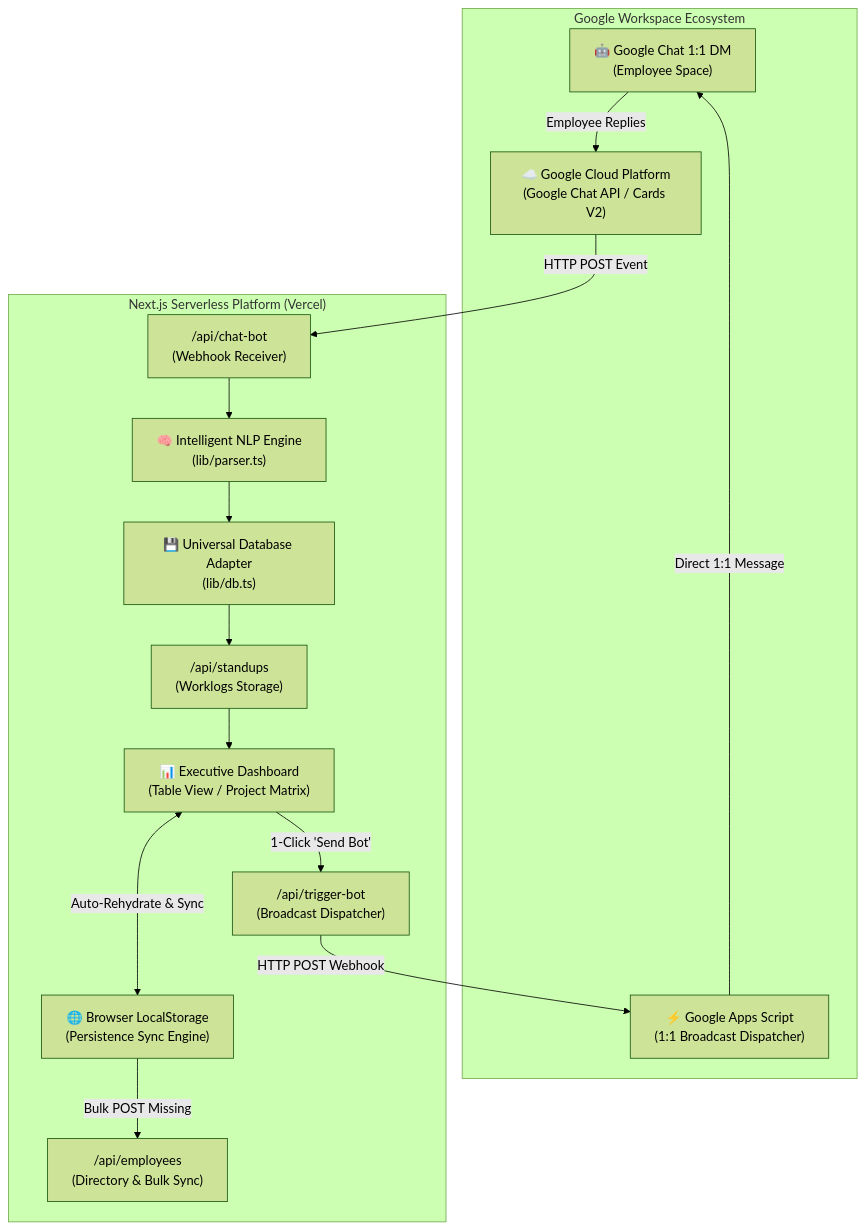
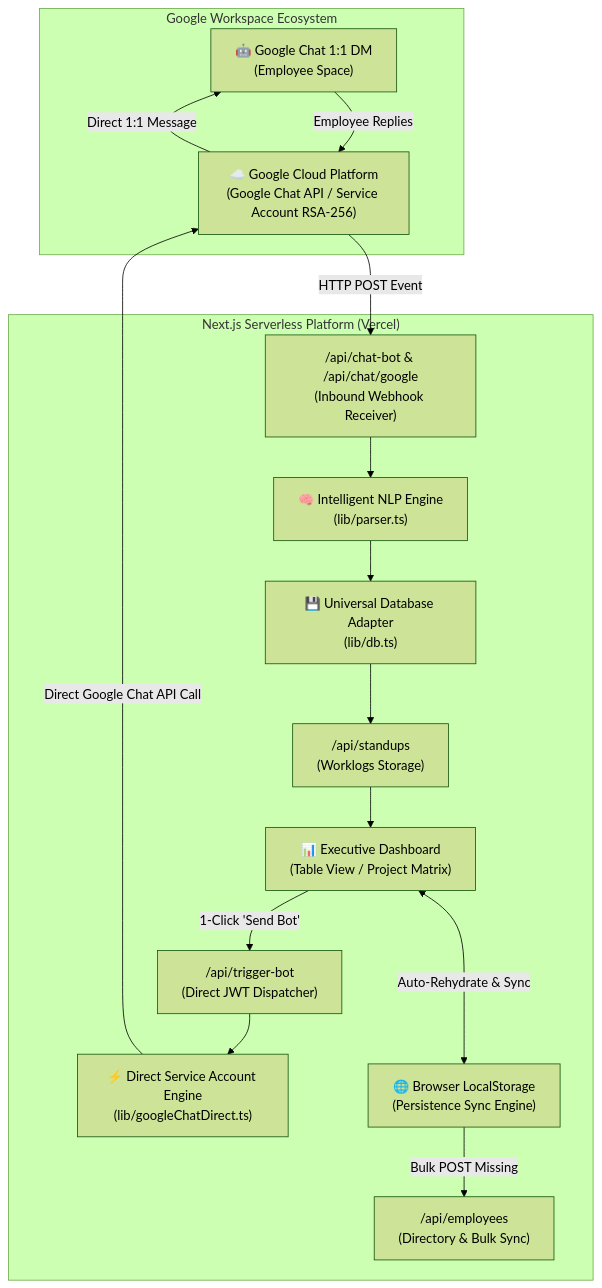
Before and after one commit to RudraSharma3/ChucklePulse: the first of 2 diagrams in README.md, drawn with Mermaid (forest theme). The commit also changed other lines of this file, not shown here.

Commit message:
Update README to document direct Service Account engine

````diff
--- a/README.md
+++ b/README.md
@@ -73,35 +73,36 @@
 ```mermaid
 flowchart TB
     subgraph GoogleWorkspace["Google Workspace Ecosystem"]
         GChat["🤖 Google Chat 1:1 DM<br/>(Employee Space)"]
-        GAS["⚡ Google Apps Script<br/>(1:1 Broadcast Dispatcher)"]
-        GCP["☁️ Google Cloud Platform<br/>(Google Chat API / Cards V2)"]
+        GCP["☁️ Google Cloud Platform<br/>(Google Chat API / Service Account RSA-256)"]
     end
 
     subgraph BytePxSuite["Next.js Serverless Platform (Vercel)"]
-        API_Bot["/api/chat-bot<br/>(Webhook Receiver)"]
-        API_Trigger["/api/trigger-bot<br/>(Broadcast Dispatcher)"]
+        API_Bot["/api/chat-bot & /api/chat/google<br/>(Inbound Webhook Receiver)"]
+        API_Trigger["/api/trigger-bot<br/>(Direct JWT Dispatcher)"]
+        DirectEngine["⚡ Direct Service Account Engine<br/>(lib/googleChatDirect.ts)"]
         API_Emp["/api/employees<br/>(Directory & Bulk Sync)"]
         API_Std["/api/standups<br/>(Worklogs Storage)"]
         
         NLP["🧠 Intelligent NLP Engine<br/>(lib/parser.ts)"]
         DB["💾 Universal Database Adapter<br/>(lib/db.ts)"]
         
         Dashboard["📊 Executive Dashboard<br/>(Table View / Project Matrix)"]
         ClientCache["🌐 Browser LocalStorage<br/>(Persistence Sync Engine)"]
     end
 
     Dashboard -->|1-Click 'Send Bot'| API_Trigger
-    API_Trigger -->|HTTP POST Webhook| GAS
-    GAS -->|Direct 1:1 Message| GChat
+    API_Trigger --> DirectEngine
+    DirectEngine -->|Direct Google Chat API Call| GCP
+    GCP -->|Direct 1:1 Message| GChat
     
     GChat -->|Employee Replies| GCP
     GCP -->|HTTP POST Event| API_Bot
     API_Bot --> NLP
     NLP --> DB
     DB --> API_Std
     API_Std --> Dashboard
 
     Dashboard <--->|Auto-Rehydrate & Sync| ClientCache
     ClientCache -->|Bulk POST Missing| API_Emp
 ```
````
